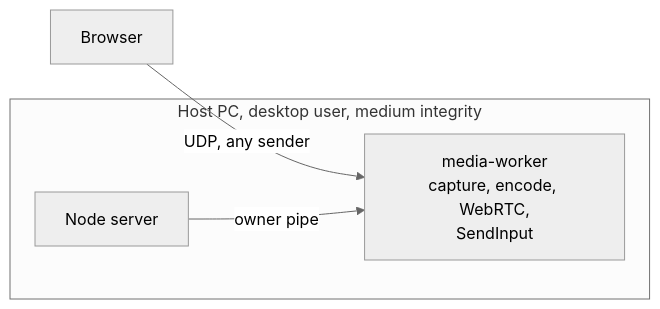
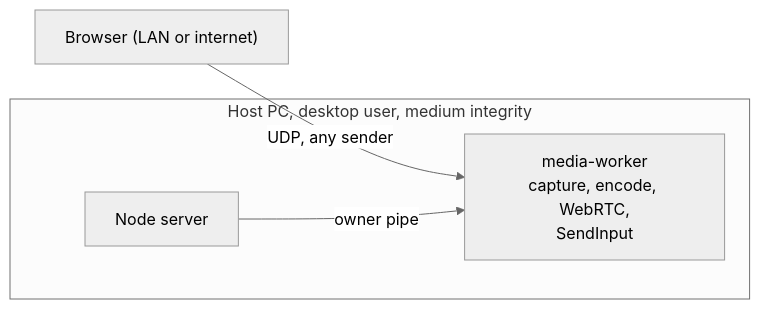
Before and after one commit to kiforsbe/vidvnc: the first of 4 diagrams in docs/superpowers/specs/2026-09-26-r4-media-relay-and-privilege-split-design.md, drawn with Mermaid (neutral theme). The commit also changed other lines of this file and 1 other file, not shown here.

````diff
--- a/docs/superpowers/specs/2026-09-26-r4-media-relay-and-privilege-split-design.md
+++ b/docs/superpowers/specs/2026-09-26-r4-media-relay-and-privilege-split-design.md
@@ -65,9 +75,9 @@
 ```mermaid
 flowchart LR
-    client["Browser"] -->|"UDP, any sender"| worker
+    client["Browser (LAN or internet)"] -->|"UDP, any sender"| worker
     subgraph Host["Host PC, desktop user, medium integrity"]
         server["Node server"]
         worker["media-worker<br/>capture, encode, WebRTC,<br/>SendInput"]
     end
     server -->|"owner pipe"| worker
 ```
````
